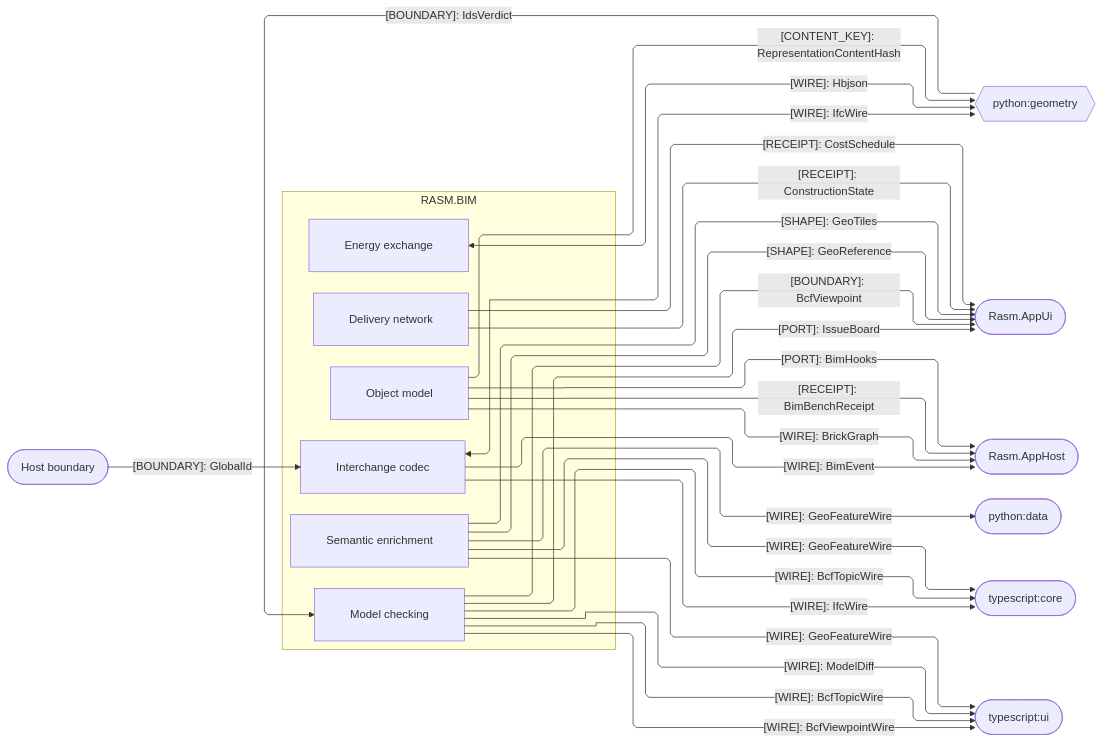
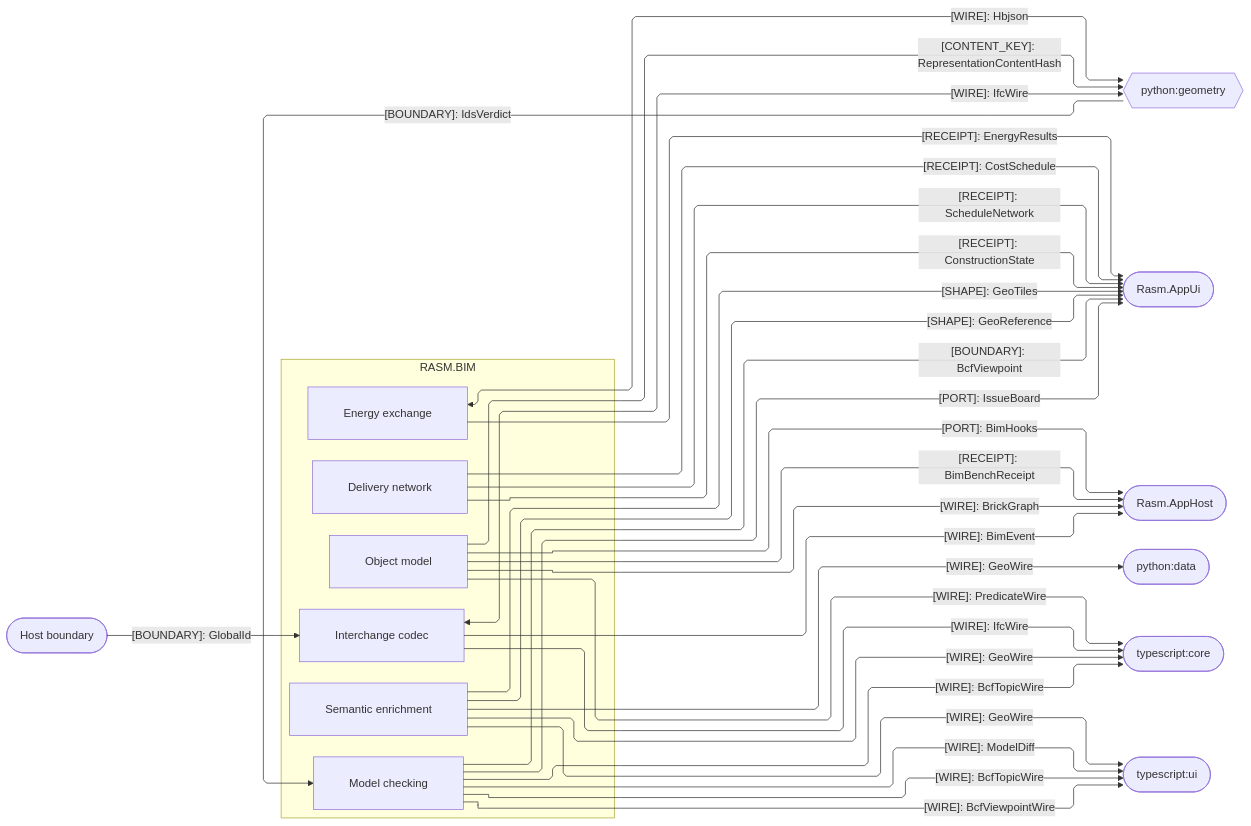
One commit to bsamiee/Rasm changed the third of 3 diagrams in libs/csharp/Rasm.Bim/ARCHITECTURE.md. Above: the diagram before and after it, drawn with Mermaid. The commit also changed other lines of this file and 747 other files, not shown here.

````diff
--- a/libs/csharp/Rasm.Bim/ARCHITECTURE.md
+++ b/libs/csharp/Rasm.Bim/ARCHITECTURE.md
@@ -168,50 +182,53 @@
 ```mermaid
 ---
 config:
   layout: elk
   flowchart:
     curve: linear
     padding: 25
 ---
 flowchart LR
     accTitle: Bim cross-runtime, presentation, and host seams
     accDescr: Bim owners exchanging wires, shapes, ports, receipts, content keys, and boundaries with the cross-runtime peers, the app platform, and the host boundary.
     subgraph bim[RASM.BIM]
         Model[Object model]
         Semantics[Semantic enrichment]
         Exchange[Interchange codec]
         Review[Model checking]
         Energy[Energy exchange]
         Planning[Delivery network]
     end
     Geometry{{python:geometry}}
     AppUi([Rasm.AppUi])
     AppHost([Rasm.AppHost])
     Host([Host boundary])
     Data([python:data])
     Core([typescript:core])
     Ui([typescript:ui])
     Exchange <-->|"[WIRE]: IfcWire"| Geometry
     Model -->|"[CONTENT_KEY]: RepresentationContentHash"| Geometry
     Geometry -->|"[BOUNDARY]: IdsVerdict"| Review
     Energy <-->|"[WIRE]: Hbjson"| Geometry
+    Energy -->|"[RECEIPT]: EnergyResults"| AppUi
     Semantics -->|"[SHAPE]: GeoTiles"| AppUi
     Semantics -->|"[SHAPE]: GeoReference"| AppUi
     Planning -->|"[RECEIPT]: CostSchedule"| AppUi
+    Planning -->|"[RECEIPT]: ScheduleNetwork"| AppUi
     Planning -->|"[RECEIPT]: ConstructionState"| AppUi
     Review -->|"[PORT]: IssueBoard"| AppUi
     Review -->|"[BOUNDARY]: BcfViewpoint"| AppUi
     Model -->|"[PORT]: BimHooks"| AppHost
     Model -->|"[RECEIPT]: BimBenchReceipt"| AppHost
     Model -->|"[WIRE]: BrickGraph"| AppHost
     Exchange -->|"[WIRE]: BimEvent"| AppHost
     Host -->|"[BOUNDARY]: GlobalId"| Exchange
-    Semantics -->|"[WIRE]: GeoFeatureWire"| Data
+    Semantics -->|"[WIRE]: GeoWire"| Data
+    Model -->|"[WIRE]: PredicateWire"| Core
     Exchange -->|"[WIRE]: IfcWire"| Core
     Review -->|"[WIRE]: BcfTopicWire"| Core
-    Semantics -->|"[WIRE]: GeoFeatureWire"| Core
+    Semantics -->|"[WIRE]: GeoWire"| Core
     Review -->|"[WIRE]: BcfTopicWire"| Ui
     Review -->|"[WIRE]: BcfViewpointWire"| Ui
-    Semantics -->|"[WIRE]: GeoFeatureWire"| Ui
+    Semantics -->|"[WIRE]: GeoWire"| Ui
     Review -->|"[WIRE]: ModelDiff"| Ui
 ```
````
